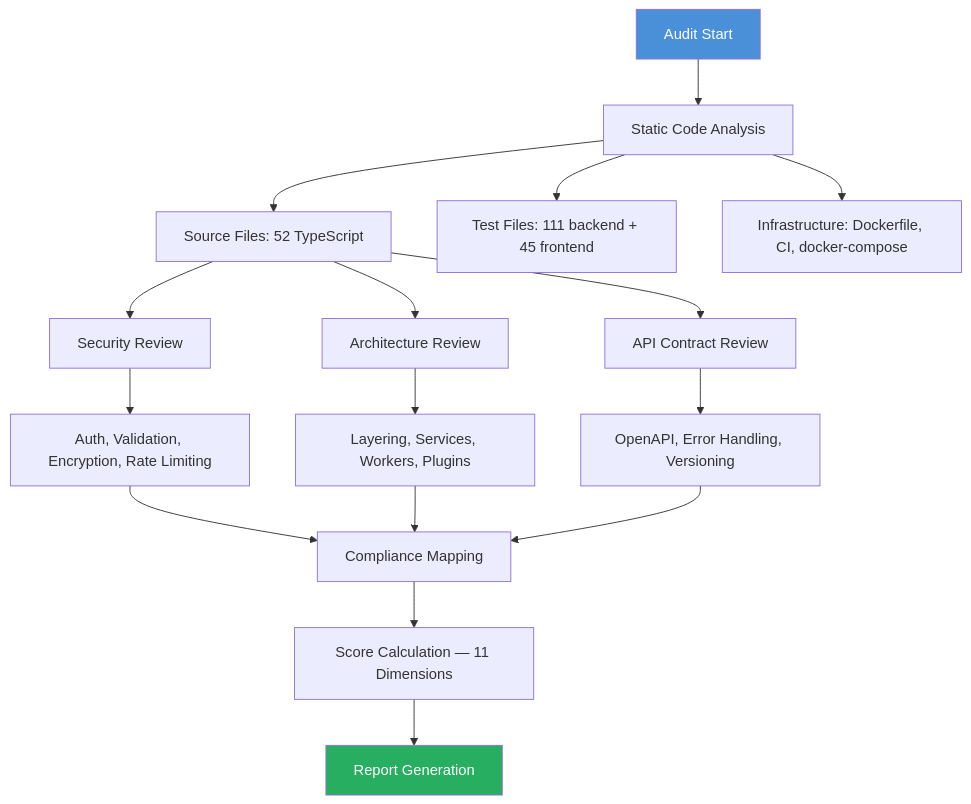
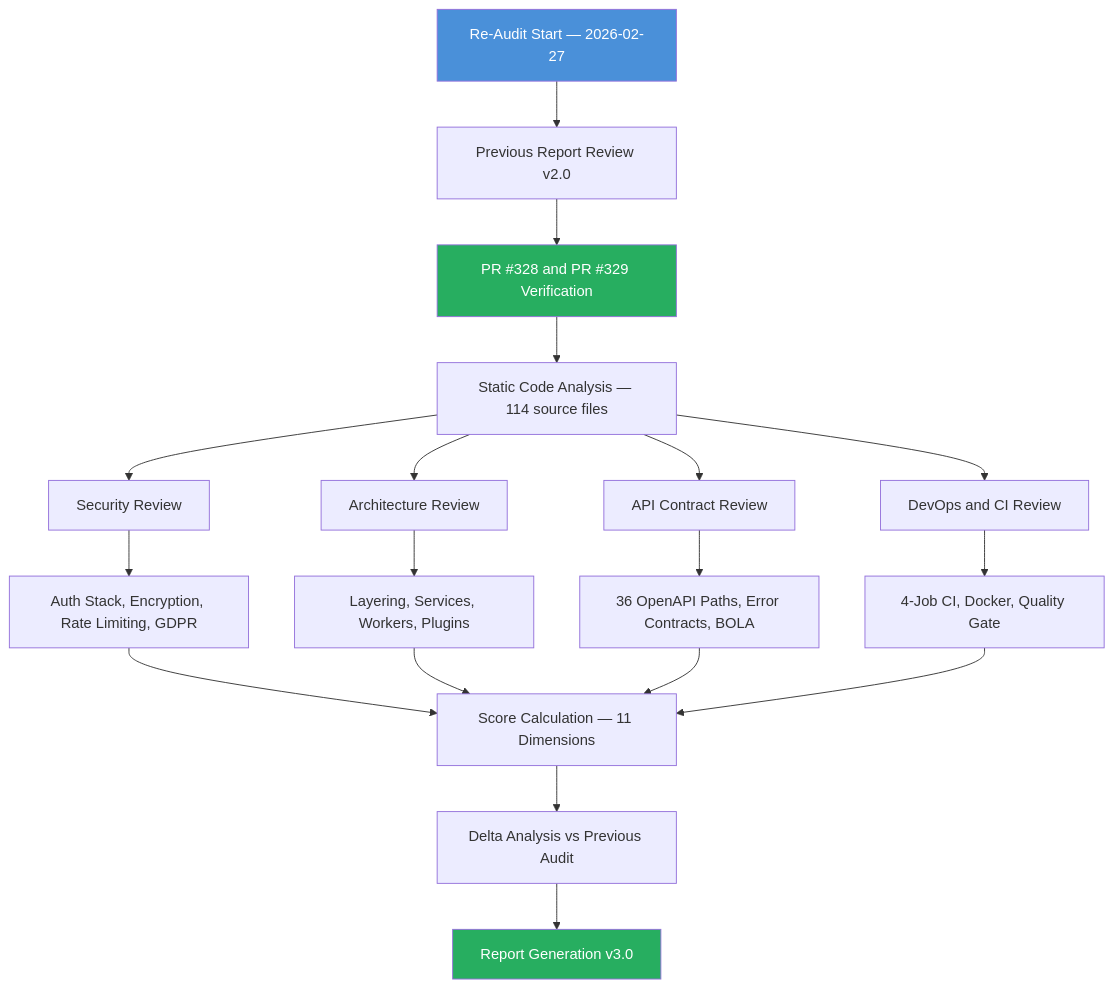
The first of 27 diagrams in products/stablecoin-gateway/docs/AUDIT-REPORT.md (Tamoura/Claude-Code-creates-the-SW-company), drawn with Mermaid before and after one commit. The commit also changed other lines of this file and 19 other files, not shown here.

First line of the commit message:
fix(stablecoin-gateway): audit score improvements — 6 dimensions to reach 8/10 threshold (#330)

````diff
--- a/products/stablecoin-gateway/docs/AUDIT-REPORT.md
+++ b/products/stablecoin-gateway/docs/AUDIT-REPORT.md
@@ -40,21 +42,24 @@
 ```mermaid
 flowchart TD
-    A[Audit Start] --> B[Static Code Analysis]
-    B --> C[Source Files: 52 TypeScript]
-    B --> D[Test Files: 111 backend + 45 frontend]
-    B --> E[Infrastructure: Dockerfile, CI, docker-compose]
-    C --> F[Security Review]
-    C --> G[Architecture Review]
-    C --> H[API Contract Review]
-    F --> I[Auth, Validation, Encryption, Rate Limiting]
-    G --> J[Layering, Services, Workers, Plugins]
-    H --> K[OpenAPI, Error Handling, Versioning]
-    I --> L[Compliance Mapping]
-    J --> L
-    K --> L
-    L --> M[Score Calculation — 11 Dimensions]
-    M --> N[Report Generation]
+    A[Re-Audit Start — 2026-02-27] --> B[Previous Report Review v2.0]
+    B --> C[PR #328 and PR #329 Verification]
+    C --> D[Static Code Analysis — 114 source files]
+    D --> E[Security Review]
+    D --> F[Architecture Review]
+    D --> G[API Contract Review]
+    D --> H[DevOps and CI Review]
+    E --> I[Auth Stack, Encryption, Rate Limiting, GDPR]
+    F --> J[Layering, Services, Workers, Plugins]
+    G --> K[36 OpenAPI Paths, Error Contracts, BOLA]
+    H --> L[4-Job CI, Docker, Quality Gate]
+    I --> M[Score Calculation — 11 Dimensions]
+    J --> M
+    K --> M
+    L --> M
+    M --> N[Delta Analysis vs Previous Audit]
+    N --> O[Report Generation v3.0]
 
     style A fill:#4a90d9,color:#fff
-    style N fill:#27ae60,color:#fff
+    style C fill:#27ae60,color:#fff
+    style O fill:#27ae60,color:#fff
 ```
````
